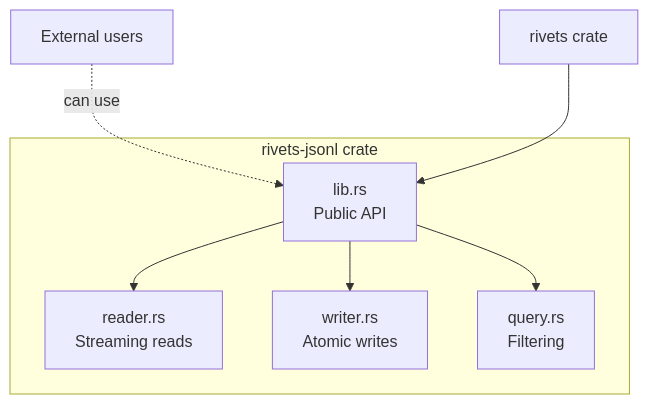
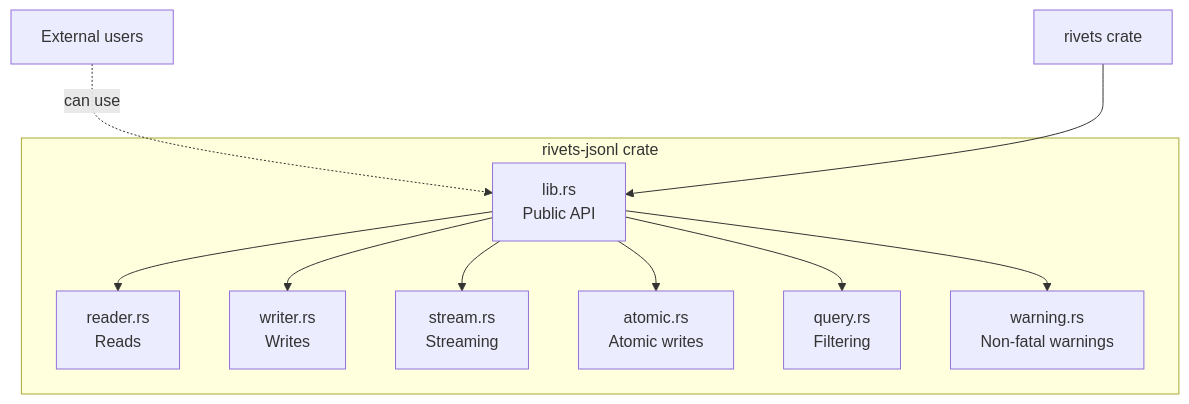
The first of 5 diagrams in docs/module-structure.md (dwalleck/rivets), drawn with Mermaid before and after one commit. The commit also changed other lines of this file and 6 other files, not shown here.

````diff
--- a/docs/module-structure.md
+++ b/docs/module-structure.md
@@ -72,16 +91,22 @@
 ```mermaid
 graph TD
     subgraph "rivets-jsonl crate"
         Lib[lib.rs<br/>Public API]
-        Reader[reader.rs<br/>Streaming reads]
-        Writer[writer.rs<br/>Atomic writes]
+        Reader[reader.rs<br/>Reads]
+        Writer[writer.rs<br/>Writes]
+        Stream[stream.rs<br/>Streaming]
+        Atomic[atomic.rs<br/>Atomic writes]
         Query[query.rs<br/>Filtering]
+        Warning[warning.rs<br/>Non-fatal warnings]
 
         Lib --> Reader
         Lib --> Writer
+        Lib --> Stream
+        Lib --> Atomic
         Lib --> Query
+        Lib --> Warning
     end
 
     External[External users] -.can use.-> Lib
     Rivets[rivets crate] --> Lib
 ```
````
